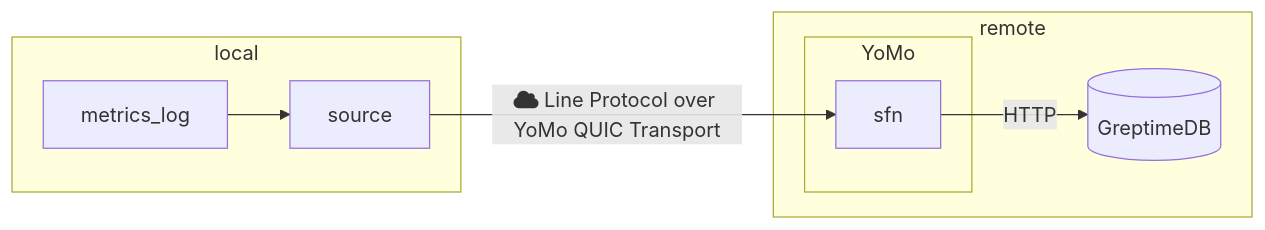
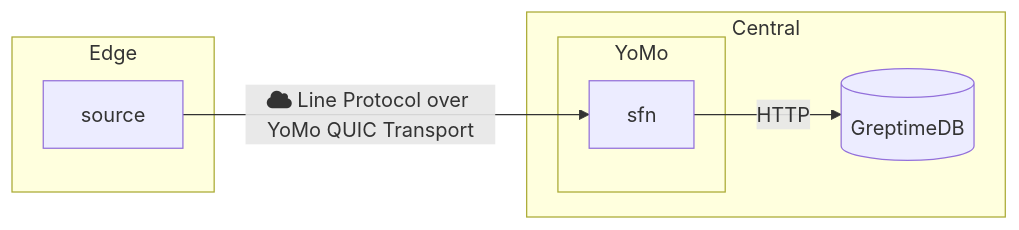
One commit to yomorun/GreptimeDB-YoMo changed the diagram in README.md. Above: the diagram before and after it, drawn with Mermaid. The commit also changed other lines of this file and 5 other files, not shown here.

````diff
--- a/README.md
+++ b/README.md
@@ -10,23 +10,21 @@
 ```mermaid
 flowchart LR
     greptimedb[(GreptimeDB)]
 
     subgraph yomo[YoMo]
       sfn
     end
 
-    subgraph local
-      metrics_log
+    subgraph Edge
       source
     end
 
-    subgraph remote
+    subgraph Central
       yomo
       greptimedb
     end
 
-    metrics_log --> source
     source --> |fa:fa-cloud Line Protocol over YoMo QUIC Transport| sfn
     sfn --> |HTTP| greptimedb
 
 ```
````
